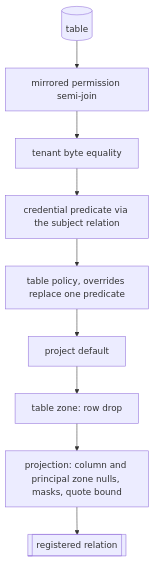
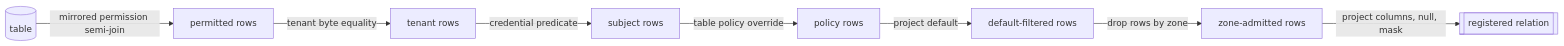
Before and after one commit to fractalboxdev/contextful: the fourth of 4 diagrams in spec/51-enforcement.md, drawn with Mermaid. The commit also changed other lines of this file and 44 other files, not shown here.

First line of the commit message:
spec: diagrams draw entities and flows, and the checker enforces it (#12)

````diff
--- a/spec/51-enforcement.md
+++ b/spec/51-enforcement.md
@@ -361,11 +361,10 @@
 ```mermaid
-flowchart TD
-  T[(table)] --> M[mirrored permission semi-join]
-  M --> TEN[tenant byte equality]
-  TEN --> RP[credential predicate via the subject relation]
-  RP --> TP[table policy, overrides replace one predicate]
-  TP --> DEF[project default]
-  DEF --> ZONE[table zone: row drop]
-  ZONE --> PROJ[projection: column and principal zone nulls, masks, quote bound]
-  PROJ --> V[[registered relation]]
+flowchart LR
+  T[("table")] -- "mirrored permission semi-join" --> M["permitted rows"]
+  M -- "tenant byte equality" --> TEN["tenant rows"]
+  TEN -- "credential predicate" --> RP["subject rows"]
+  RP -- "table policy override" --> TP["policy rows"]
+  TP -- "project default" --> DEF["default-filtered rows"]
+  DEF -- "drop rows by zone" --> ZR["zone-admitted rows"]
+  ZR -- "project columns, null, mask" --> V[["registered relation"]]
 ```
````
